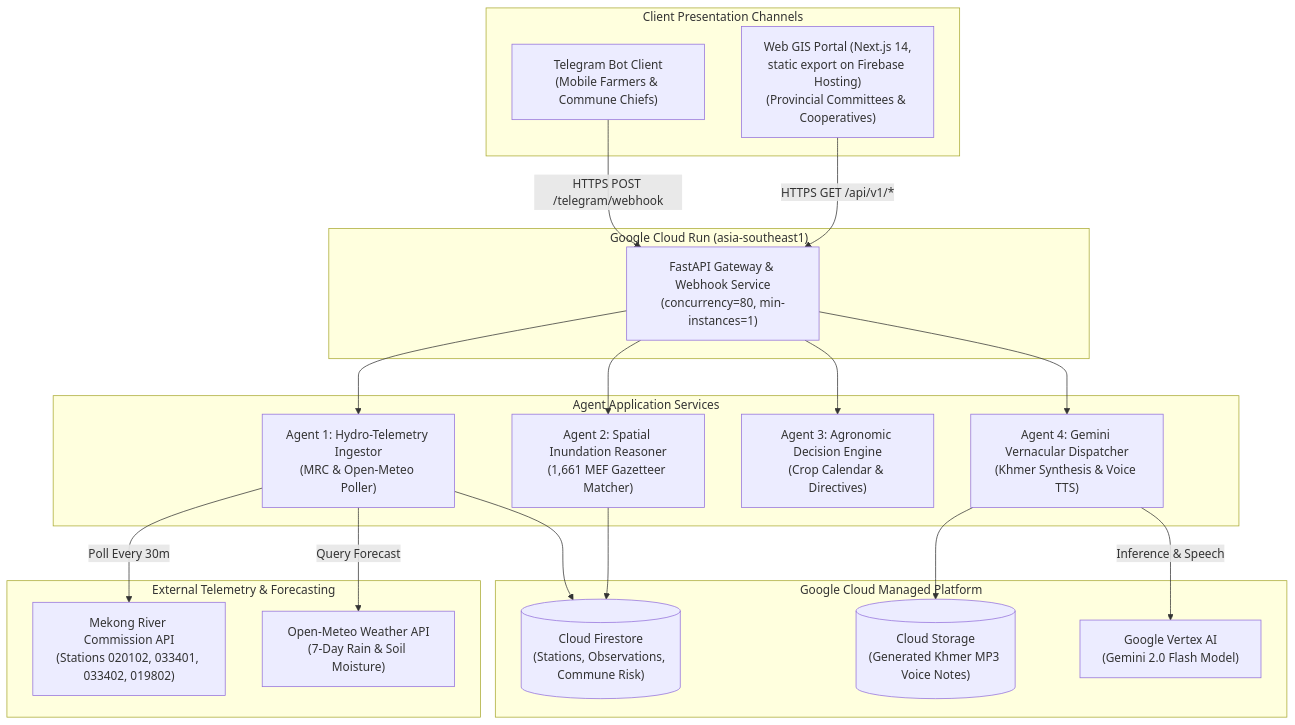
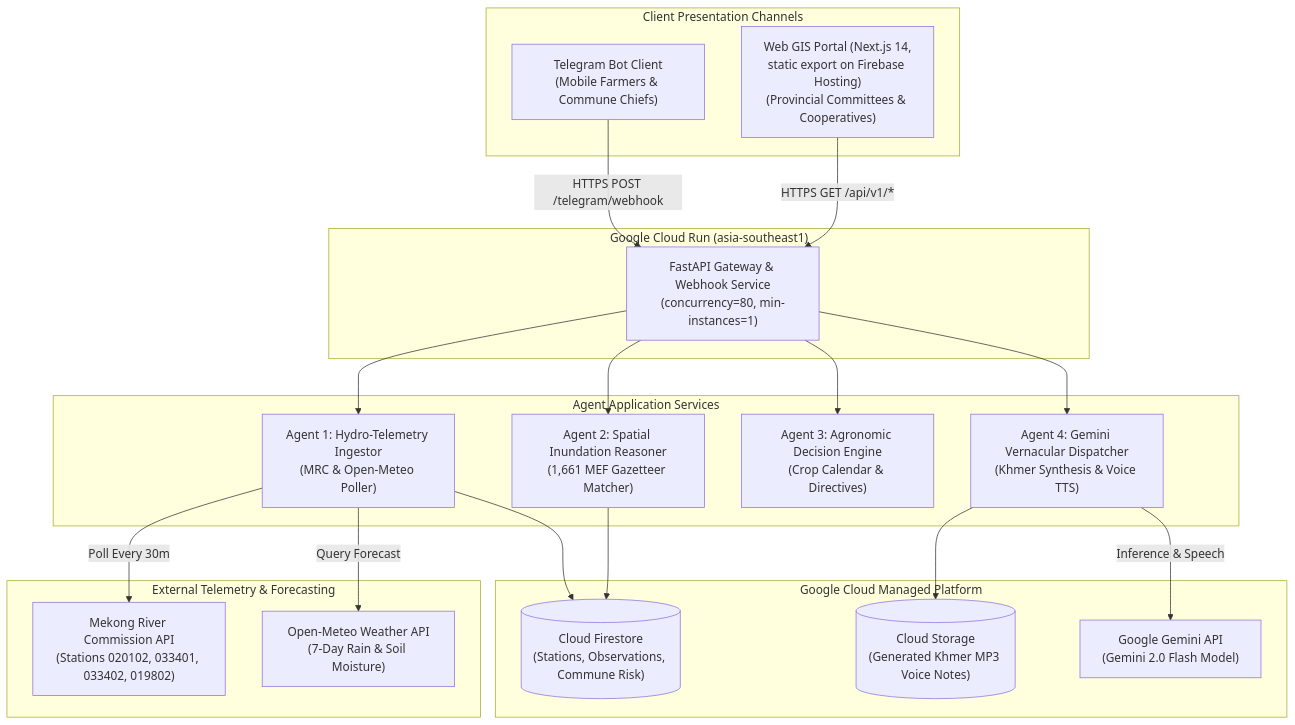
Before and after one commit to SunchhayK/mekongpulse: the first of 2 diagrams in technical-report.md, drawn with Mermaid. The commit also changed other lines of this file and 4 other files, not shown here.

First line of the commit message:
chore: production Gemini via API key (no Vertex); fix bulletin polish prompt

````diff
--- a/technical-report.md
+++ b/technical-report.md
@@ -111,44 +111,44 @@
 ```mermaid
 flowchart TD
   subgraph ClientChannels["Client Presentation Channels"]
     Telegram["Telegram Bot Client\n(Mobile Farmers & Commune Chiefs)"]
     WebDashboard["Web GIS Portal (Next.js 14,\nstatic export on Firebase Hosting)\n(Provincial Committees & Cooperatives)"]
   end
 
   subgraph IngressPlatform["Google Cloud Run (asia-southeast1)"]
     FastAPIApp["FastAPI Gateway & Webhook Service\n(concurrency=80, min-instances=1)"]
   end
 
   subgraph MultiAgentEngine["Agent Application Services"]
     IngestAgent["Agent 1: Hydro-Telemetry Ingestor\n(MRC & Open-Meteo Poller)"]
     SpatialAgent["Agent 2: Spatial Inundation Reasoner\n(1,661 MEF Gazetteer Matcher)"]
     AgriAgent["Agent 3: Agronomic Decision Engine\n(Crop Calendar & Directives)"]
     VernacularAgent["Agent 4: Gemini Vernacular Dispatcher\n(Khmer Synthesis & Voice TTS)"]
   end
 
   subgraph GoogleCloudData["Google Cloud Managed Platform"]
     Firestore[("Cloud Firestore\n(Stations, Observations, Commune Risk)")]
     GCS[("Cloud Storage\n(Generated Khmer MP3 Voice Notes)")]
-    VertexAI["Google Vertex AI\n(Gemini 2.0 Flash Model)"]
+    Gemini["Google Gemini API\n(Gemini 2.0 Flash Model)"]
   end
 
   subgraph ExternalAPIs["External Telemetry & Forecasting"]
     MRC["Mekong River Commission API\n(Stations 020102, 033401, 033402, 019802)"]
     OpenMeteo["Open-Meteo Weather API\n(7-Day Rain & Soil Moisture)"]
   end
 
   Telegram -->|HTTPS POST /telegram/webhook| FastAPIApp
   WebDashboard -->|HTTPS GET /api/v1/*| FastAPIApp
   FastAPIApp --> IngestAgent
   FastAPIApp --> SpatialAgent
   FastAPIApp --> AgriAgent
   FastAPIApp --> VernacularAgent
 
   IngestAgent -->|Poll Every 30m| MRC
   IngestAgent -->|Query Forecast| OpenMeteo
-  VernacularAgent -->|Inference & Speech| VertexAI
+  VernacularAgent -->|Inference & Speech| Gemini
 
   IngestAgent --> Firestore
   SpatialAgent --> Firestore
   VernacularAgent --> GCS
 ```
````
